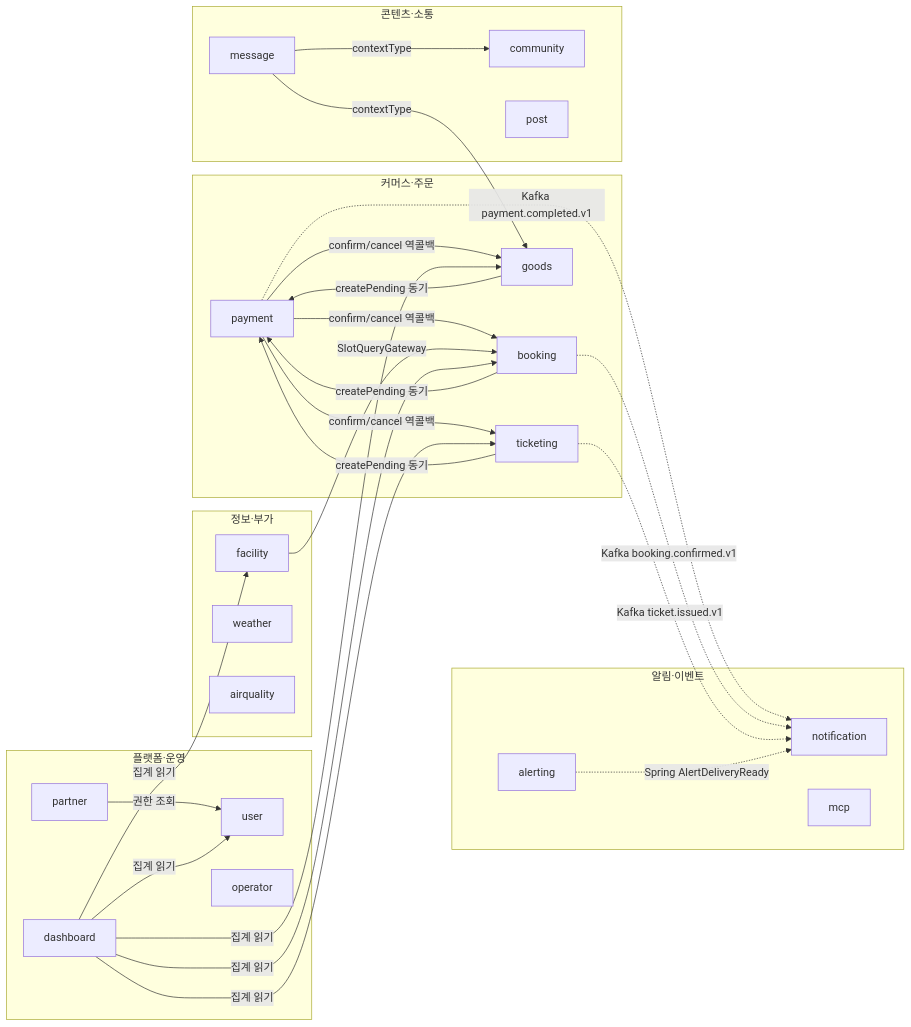
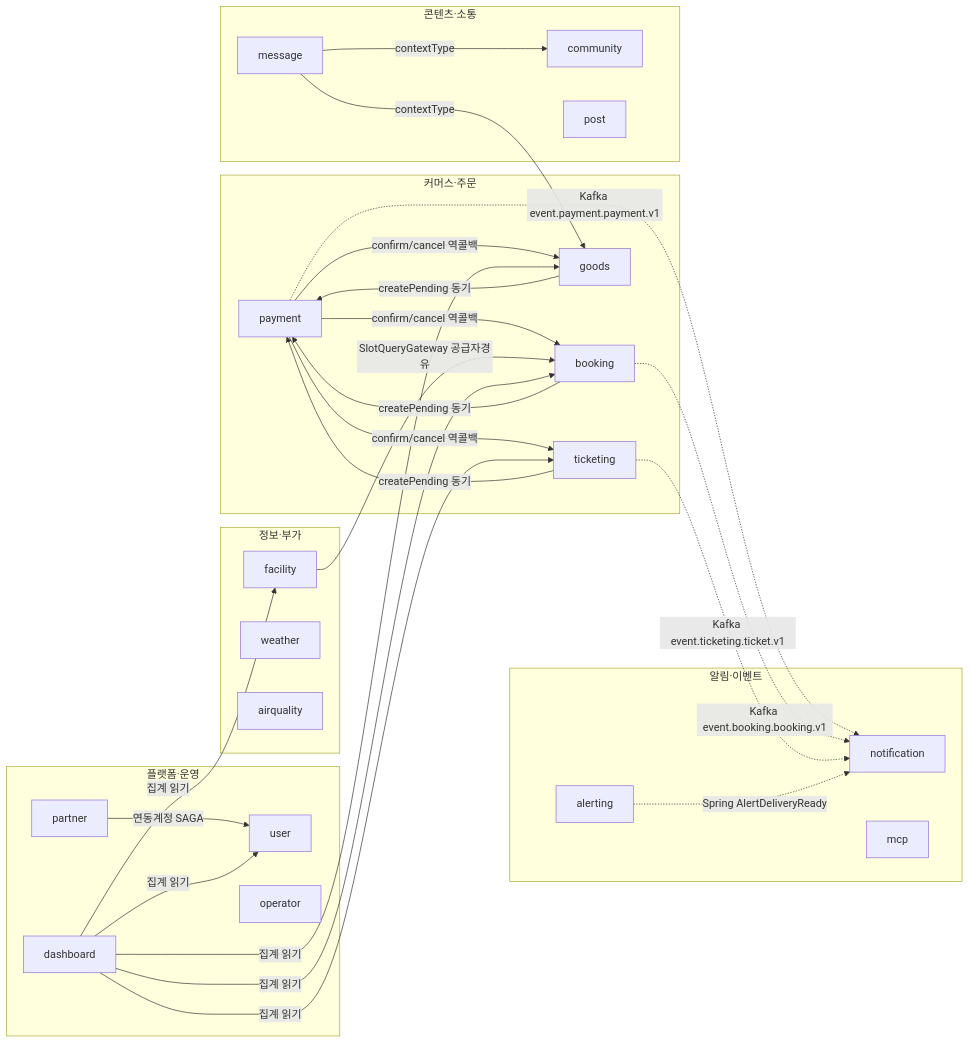
Before and after one commit to biuea3866/new-sports-application: the first of 2 diagrams in docs/domain-context-map.md, drawn with Mermaid. The commit also changed other lines of this file, not shown here.

````diff
--- a/docs/domain-context-map.md
+++ b/docs/domain-context-map.md
@@ -37,53 +41,53 @@
 ```mermaid
 flowchart LR
     subgraph Commerce["커머스·주문"]
         payment
         booking
         goods
         ticketing
     end
     subgraph Alert["알림·이벤트"]
         notification
         alerting
         mcp
     end
     subgraph Content["콘텐츠·소통"]
         message
         community
         post
     end
     subgraph Platform["플랫폼·운영"]
         user
         partner
         dashboard
         operator
     end
     subgraph Info["정보·부가"]
         facility
         weather
         airquality
     end
 
     booking -->|createPending 동기| payment
     goods -->|createPending 동기| payment
     ticketing -->|createPending 동기| payment
     payment -->|confirm/cancel 역콜백| booking
     payment -->|confirm/cancel 역콜백| goods
     payment -->|confirm/cancel 역콜백| ticketing
 
-    payment -.->|Kafka payment.completed.v1| notification
-    booking -.->|Kafka booking.confirmed.v1| notification
-    ticketing -.->|Kafka ticket.issued.v1| notification
+    payment -.->|Kafka event.payment.payment.v1| notification
+    booking -.->|Kafka event.booking.booking.v1| notification
+    ticketing -.->|Kafka event.ticketing.ticket.v1| notification
     alerting -.->|Spring AlertDeliveryReady| notification
 
-    facility -->|SlotQueryGateway| booking
-    partner -->|권한 조회| user
+    facility -->|SlotQueryGateway 공급자경유| booking
+    partner -->|연동계정 SAGA| user
     message -->|contextType| community
     message -->|contextType| goods
 
     dashboard -->|집계 읽기| booking
     dashboard -->|집계 읽기| goods
     dashboard -->|집계 읽기| ticketing
     dashboard -->|집계 읽기| facility
     dashboard -->|집계 읽기| user
 ```
````
